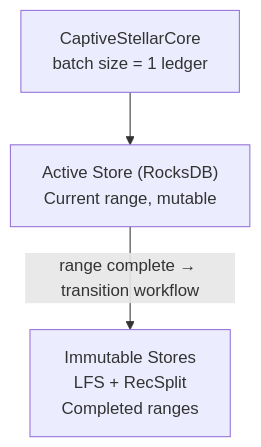
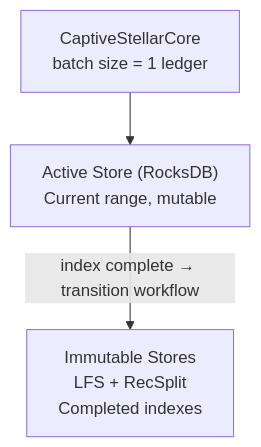
One commit to stellar/stellar-rpc changed the third of 12 diagrams in full-history/design-docs/01-architecture-overview.md. Above: the diagram before and after it, drawn with Mermaid. The commit also changed other lines of this file, not shown here.

Commit message:
docs: 01-architecture-overview — range→index sweep

````diff
--- a/full-history/design-docs/01-architecture-overview.md
+++ b/full-history/design-docs/01-architecture-overview.md
@@ -57,6 +59,6 @@
 ```mermaid
 flowchart TD
     CORE["CaptiveStellarCore<br/>batch size = 1 ledger"]
     CORE --> ACTIVE["Active Store (RocksDB)<br/>Current range, mutable"]
-    ACTIVE -->|"range complete → transition workflow"| IMMUTABLE["Immutable Stores<br/>LFS + RecSplit<br/>Completed ranges"]
+    ACTIVE -->|"index complete → transition workflow"| IMMUTABLE["Immutable Stores<br/>LFS + RecSplit<br/>Completed indexes"]
 ```
````
